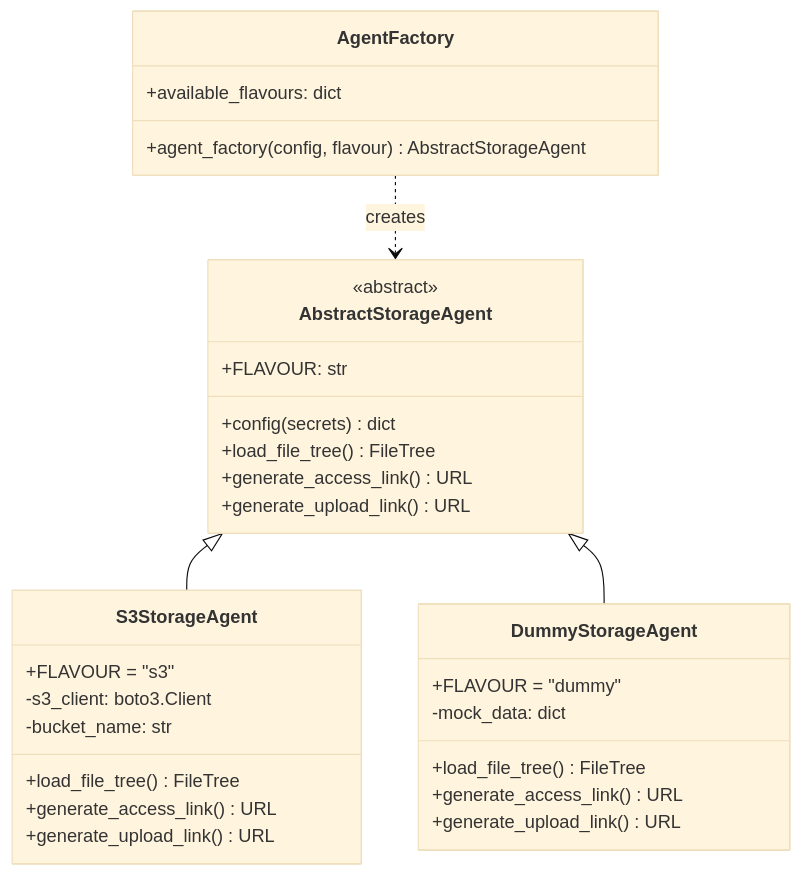
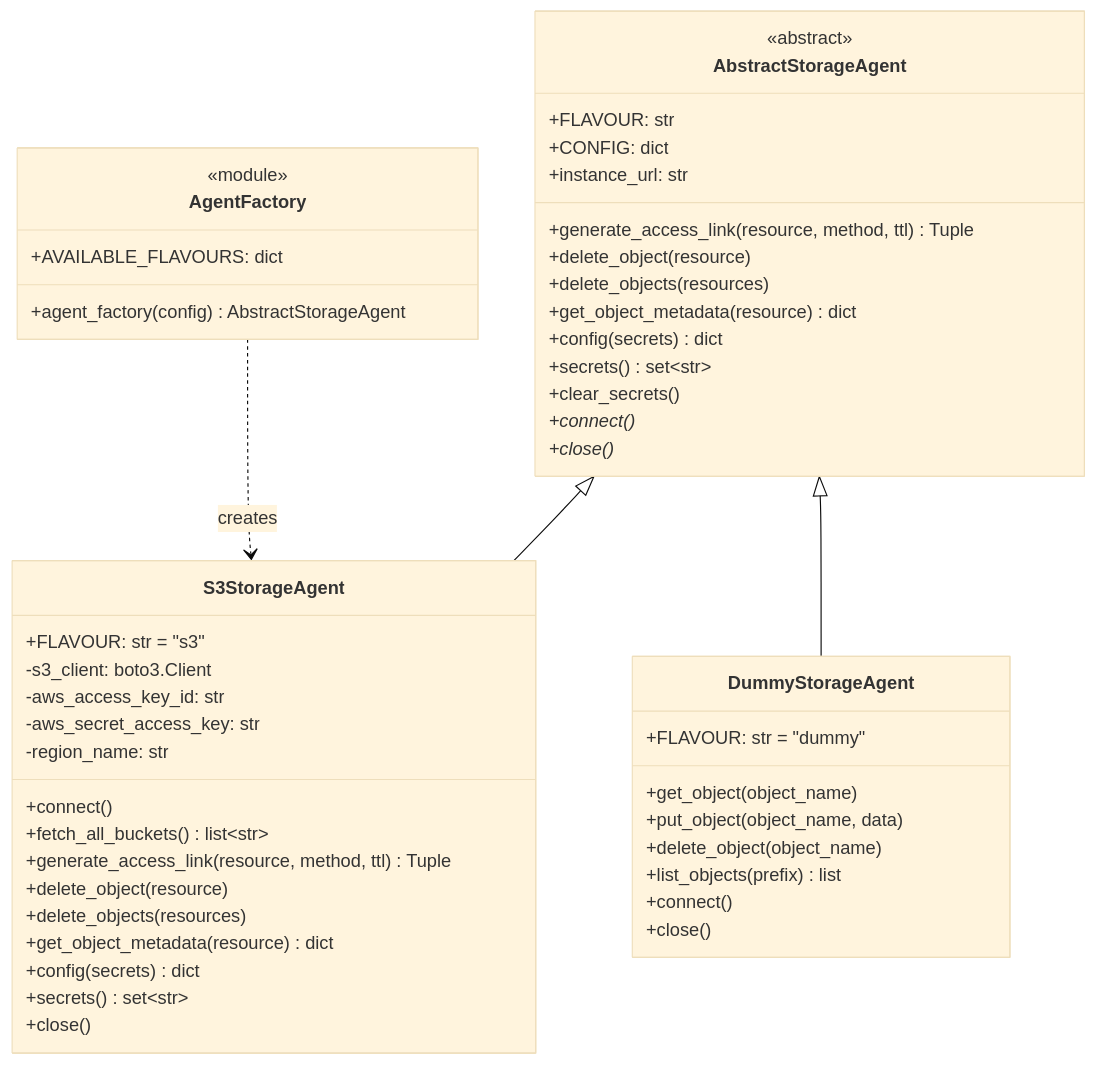
Before and after one commit to pmahon3/Data-Portal: the first of 5 diagrams in docs/diagrams/class-services.md, drawn with Mermaid (base theme). The commit also changed other lines of this file and 33 other files, not shown here.

````diff
--- a/docs/diagrams/class-services.md
+++ b/docs/diagrams/class-services.md
@@ -7,37 +11,55 @@
 ```mermaid
 classDiagram
     class AbstractStorageAgent {
         <<abstract>>
         +FLAVOUR: str
+        +CONFIG: dict
+        +instance_url: str
+        +generate_access_link(resource, method, ttl) Tuple
+        +delete_object(resource)
+        +delete_objects(resources)
+        +get_object_metadata(resource) dict
         +config(secrets) dict
-        +load_file_tree() FileTree
-        +generate_access_link() URL
-        +generate_upload_link() URL
+        +secrets() set~str~
+        +clear_secrets()
+        +connect() *
+        +close() *
     }
 
     class S3StorageAgent {
-        +FLAVOUR = "s3"
+        +FLAVOUR: str = "s3"
         -s3_client: boto3.Client
-        -bucket_name: str
-        +load_file_tree() FileTree
-        +generate_access_link() URL
-        +generate_upload_link() URL
+        -aws_access_key_id: str
+        -aws_secret_access_key: str
+        -region_name: str
+        +connect()
+        +fetch_all_buckets() list~str~
+        +generate_access_link(resource, method, ttl) Tuple
+        +delete_object(resource)
+        +delete_objects(resources)
+        +get_object_metadata(resource) dict
+        +config(secrets) dict
+        +secrets() set~str~
+        +close()
     }
 
     class DummyStorageAgent {
-        +FLAVOUR = "dummy"
-        -mock_data: dict
-        +load_file_tree() FileTree
-        +generate_access_link() URL
-        +generate_upload_link() URL
+        +FLAVOUR: str = "dummy"
+        +get_object(object_name)
+        +put_object(object_name, data)
+        +delete_object(object_name)
+        +list_objects(prefix) list
+        +connect()
+        +close()
     }
 
     class AgentFactory {
-        +agent_factory(config, flavour) AbstractStorageAgent
-        +available_flavours: dict
+        <<module>>
+        +AVAILABLE_FLAVOURS: dict
+        +agent_factory(config) AbstractStorageAgent
     }
 
     AbstractStorageAgent <|-- S3StorageAgent
     AbstractStorageAgent <|-- DummyStorageAgent
-    AgentFactory ..> AbstractStorageAgent : creates
+    AgentFactory ..> S3StorageAgent : creates
 ```
````
